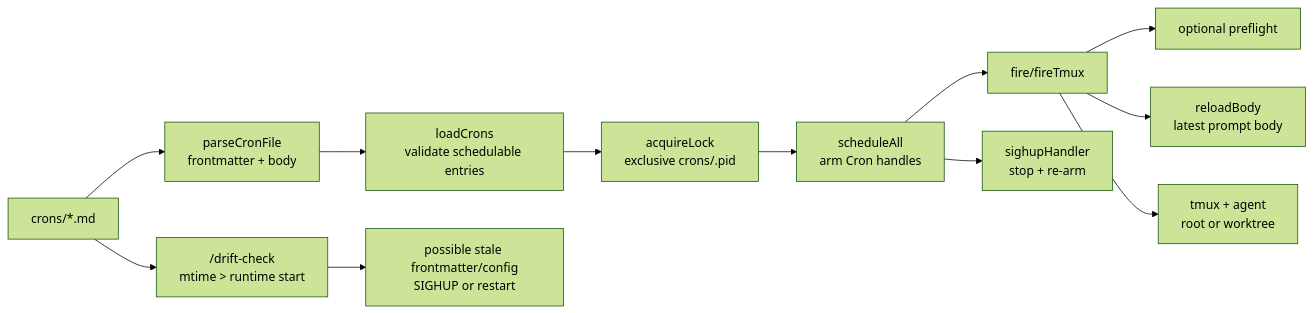
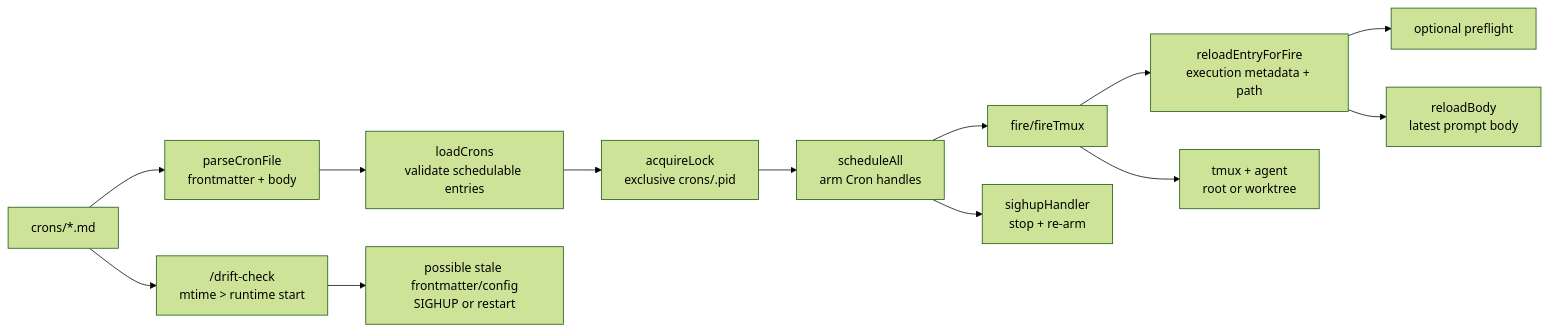
One commit to mifunedev/openharness changed the diagram in wiki/cron-runtime.md. Above: the diagram before and after it, drawn with Mermaid (forest theme). The commit also changed other lines of this file and 10 other files, not shown here.

````diff
--- a/wiki/cron-runtime.md
+++ b/wiki/cron-runtime.md
@@ -45,14 +46,15 @@
 ```mermaid
 flowchart LR
   File["crons/*.md"] --> Parse["parseCronFile<br/>frontmatter + body"]
   Parse --> Load["loadCrons<br/>validate schedulable entries"]
   Load --> Lock["acquireLock<br/>exclusive crons/.pid"]
   Lock --> Arm["scheduleAll<br/>arm Cron handles"]
   Arm --> Fire["fire/fireTmux"]
-  Fire --> Preflight["optional preflight"]
-  Fire --> Body["reloadBody<br/>latest prompt body"]
+  Fire --> Meta["reloadEntryForFire<br/>execution metadata + path"]
+  Meta --> Preflight["optional preflight"]
+  Meta --> Body["reloadBody<br/>latest prompt body"]
   Fire --> Tmux["tmux + agent<br/>root or worktree"]
   File --> Drift["/drift-check<br/>mtime > runtime start"]
   Drift --> Warn["possible stale frontmatter/config<br/>SIGHUP or restart"]
   Arm --> SIGHUP["sighupHandler<br/>stop + re-arm"]
 ```
````
